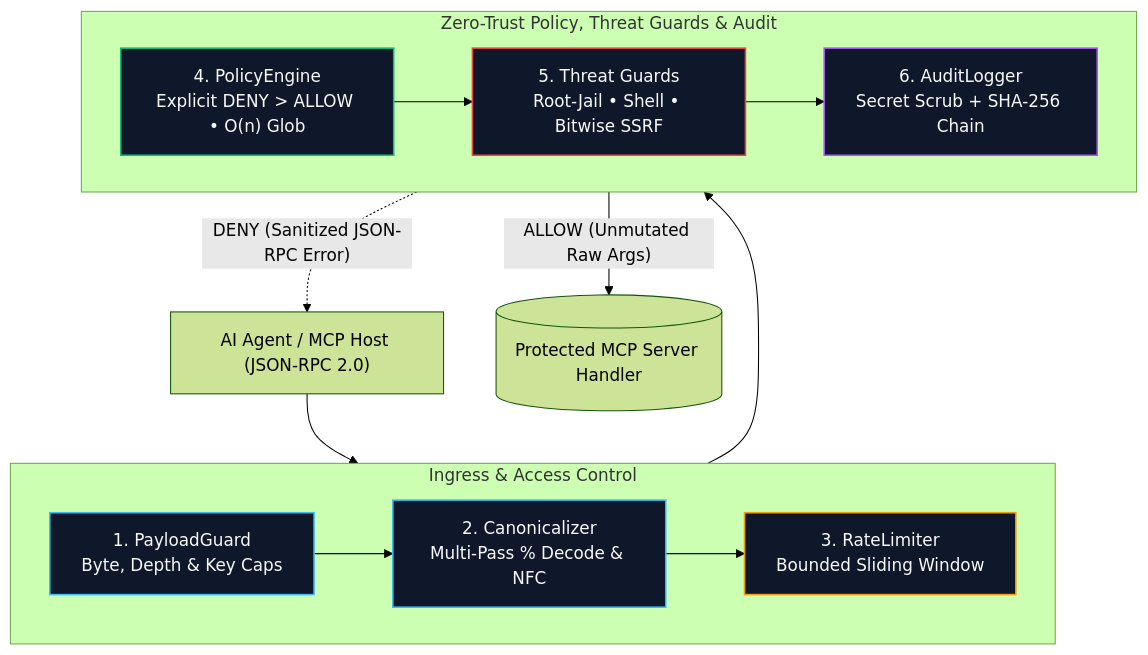
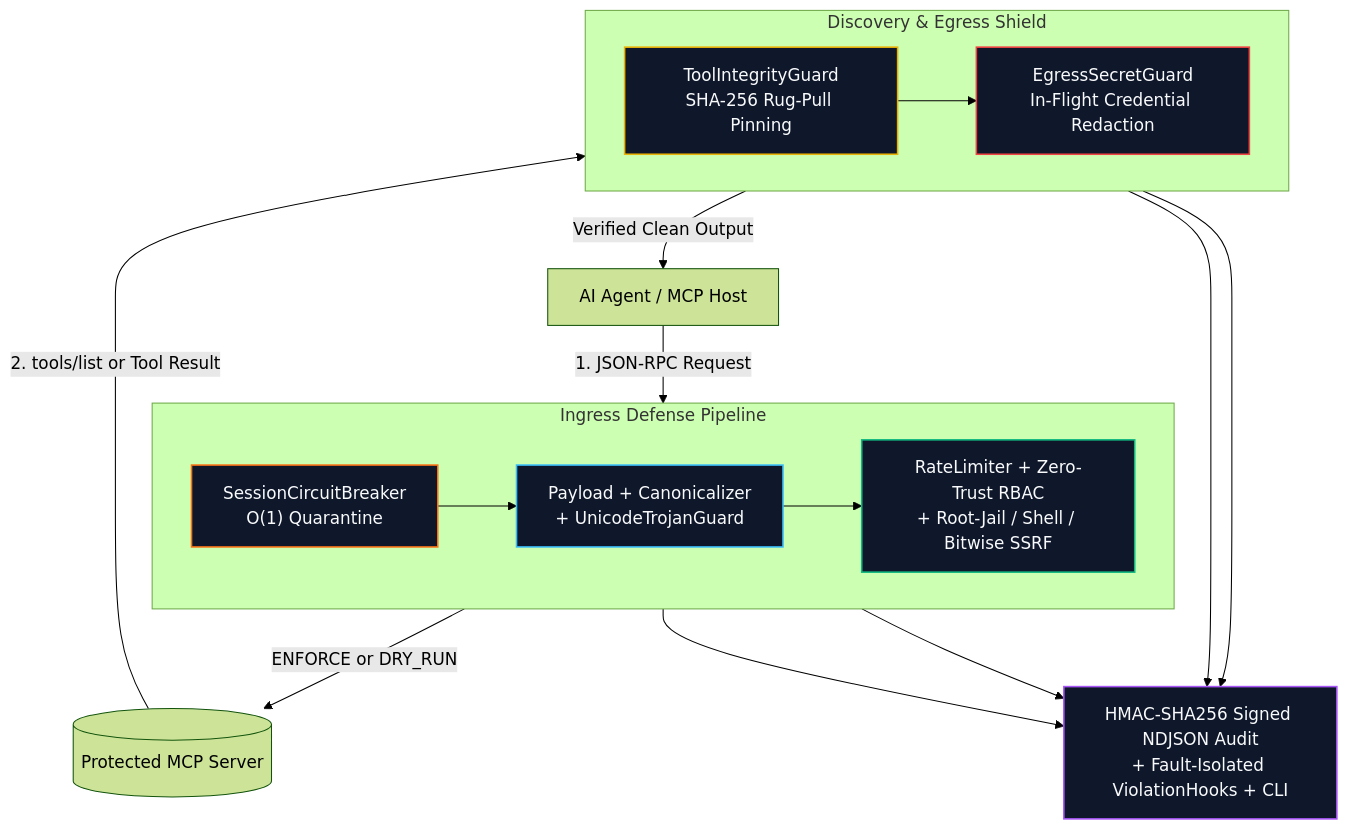
Before and after one commit to yoshikinga/mcp-warden: the diagram in README.md, drawn with Mermaid (forest theme). The commit also changed other lines of this file, not shown here.

````diff
--- a/README.md
+++ b/README.md
@@ -57,28 +61,28 @@
 ```mermaid
 flowchart TB
-    Agent["AI Agent / MCP Host (JSON-RPC 2.0)"] --> S1
+    Agent["AI Agent / MCP Host"] -->|"1. JSON-RPC Request"| CB
 
-    subgraph Ingress["Ingress & Access Control"]
+    subgraph Ingress["Ingress Defense Pipeline"]
         direction LR
-        S1["1. PayloadGuard<br/>Byte, Depth & Key Caps"] --> S2["2. Canonicalizer<br/>Multi-Pass % Decode & NFC"]
-        S2 --> S3["3. RateLimiter<br/>Bounded Sliding Window"]
+        CB["SessionCircuitBreaker<br/>O(1) Quarantine"] --> UGuard["Payload + Canonicalizer<br/>+ UnicodeTrojanGuard"]
+        UGuard --> Core["RateLimiter + Zero-Trust RBAC<br/>+ Root-Jail / Shell / Bitwise SSRF"]
     end
 
-    S3 --> S4
+    Core -->|"ENFORCE or DRY_RUN"| Server[("Protected MCP Server")]
+    Server -->|"2. tools/list or Tool Result"| PinGuard
 
-    subgraph DeepDefense["Zero-Trust Policy, Threat Guards & Audit"]
+    subgraph Egress["Discovery & Egress Shield"]
         direction LR
-        S4["4. PolicyEngine<br/>Explicit DENY > ALLOW • O(n) Glob"] --> S5["5. Threat Guards<br/>Root-Jail • Shell • Bitwise SSRF"]
-        S5 --> S6["6. AuditLogger<br/>Secret Scrub + SHA-256 Chain"]
+        PinGuard["ToolIntegrityGuard<br/>SHA-256 Rug-Pull Pinning"] --> EGuard["EgressSecretGuard<br/>In-Flight Credential Redaction"]
     end
 
-    S6 -->|"ALLOW (Unmutated Raw Args)"| Server[("Protected MCP Server Handler")]
-    S6 -.->|"DENY (Sanitized JSON-RPC Error)"| Agent
+    EGuard -->|"Verified Clean Output"| Agent
+    CB & Core & PinGuard & EGuard --> Audit["HMAC-SHA256 Signed NDJSON Audit<br/>+ Fault-Isolated ViolationHooks + CLI"]
 
-    style S1 fill:#0f172a,stroke:#38bdf8,stroke-width:1.5px,color:#f8fafc
-    style S2 fill:#0f172a,stroke:#38bdf8,stroke-width:1.5px,color:#f8fafc
-    style S3 fill:#0f172a,stroke:#f59e0b,stroke-width:1.5px,color:#f8fafc
-    style S4 fill:#0f172a,stroke:#10b981,stroke-width:1.5px,color:#f8fafc
-    style S5 fill:#0f172a,stroke:#ef4444,stroke-width:1.5px,color:#f8fafc
-    style S6 fill:#0f172a,stroke:#a855f7,stroke-width:1.5px,color:#f8fafc
+    style CB fill:#0f172a,stroke:#f97316,stroke-width:1.5px,color:#f8fafc
+    style UGuard fill:#0f172a,stroke:#38bdf8,stroke-width:1.5px,color:#f8fafc
+    style Core fill:#0f172a,stroke:#10b981,stroke-width:1.5px,color:#f8fafc
+    style PinGuard fill:#0f172a,stroke:#eab308,stroke-width:1.5px,color:#f8fafc
+    style EGuard fill:#0f172a,stroke:#ef4444,stroke-width:1.5px,color:#f8fafc
+    style Audit fill:#0f172a,stroke:#a855f7,stroke-width:1.5px,color:#f8fafc
 ```
````
